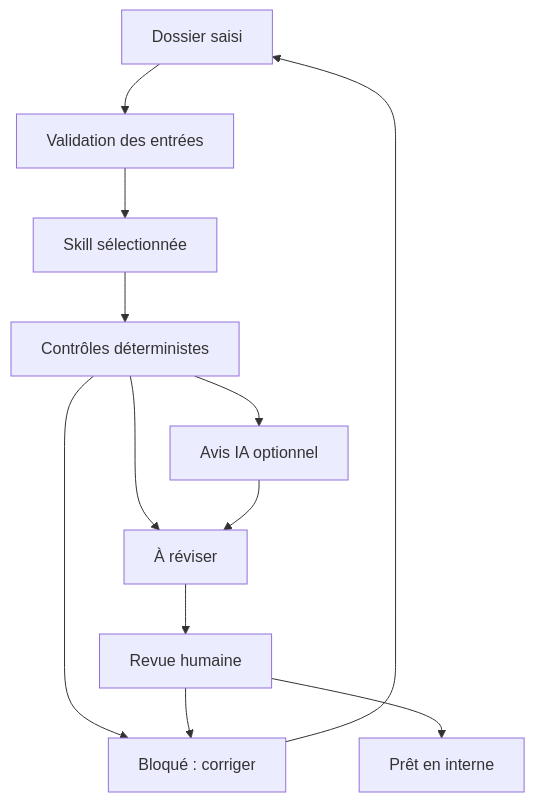
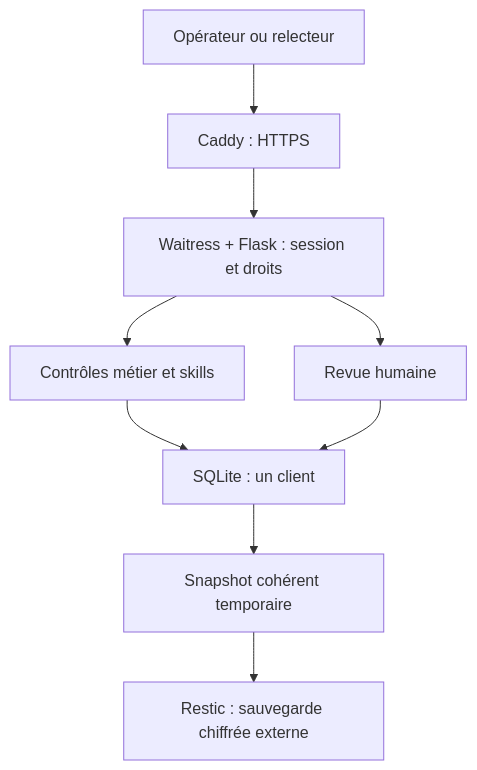
One commit to Floums08/admin-agent changed the diagram in docs/ARCHITECTURE.md. Above: the diagram before and after it, drawn with Mermaid. The commit also changed other lines of this file and 44 other files, not shown here.

````diff
--- a/docs/ARCHITECTURE.md
+++ b/docs/ARCHITECTURE.md
@@ -6,14 +7,11 @@
 ```mermaid
 flowchart TD
-    U["Dossier saisi"] --> V["Validation des entrées"]
-    V --> S["Skill sélectionnée"]
-    S --> D["Contrôles déterministes"]
-    D --> B["Bloqué : corriger"]
-    D --> R["À réviser"]
-    D --> A["Avis IA optionnel"]
-    A --> R
-    R --> H["Revue humaine"]
-    H --> P["Prêt en interne"]
-    H --> B
-    B --> U
+    U["Opérateur ou relecteur"] --> P["Caddy : HTTPS"]
+    P --> A["Waitress + Flask : session et droits"]
+    A --> M["Contrôles métier et skills"]
+    M --> B["SQLite : un client"]
+    A --> R["Revue humaine"]
+    R --> B
+    B --> S["Snapshot cohérent temporaire"]
+    S --> E["Restic : sauvegarde chiffrée externe"]
 ```
````
